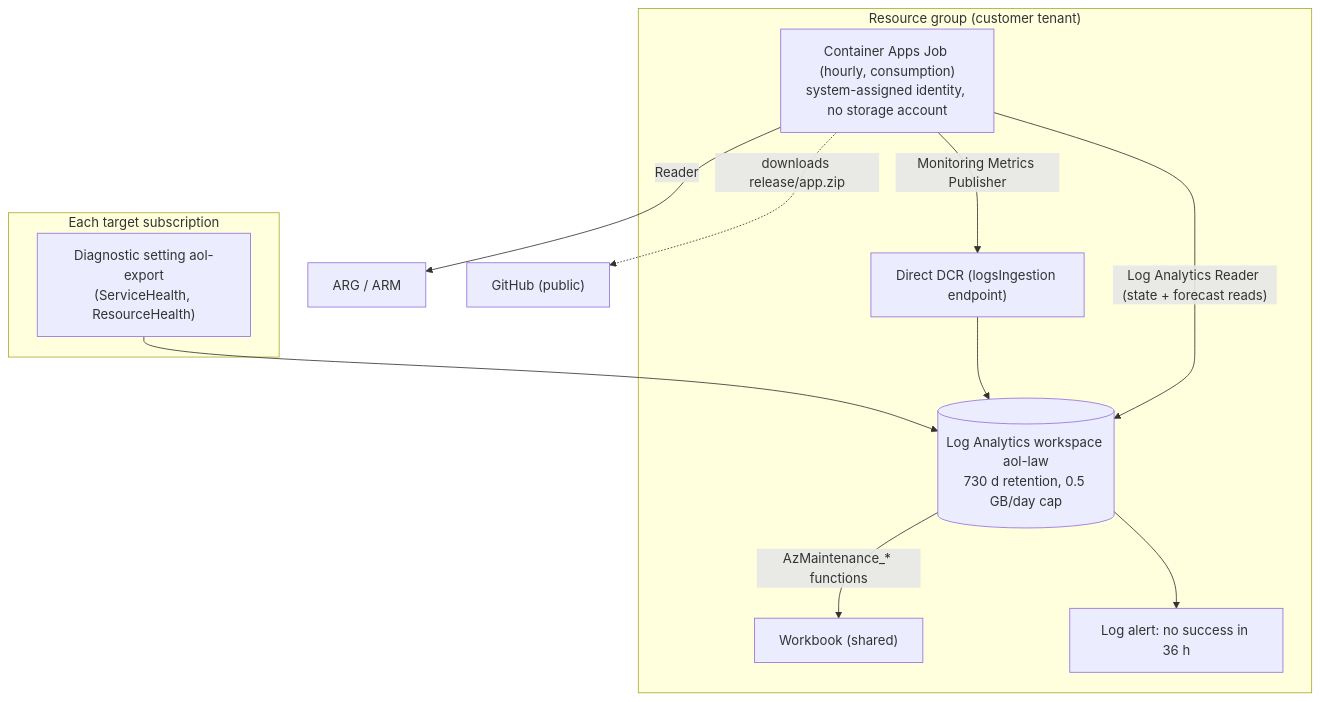
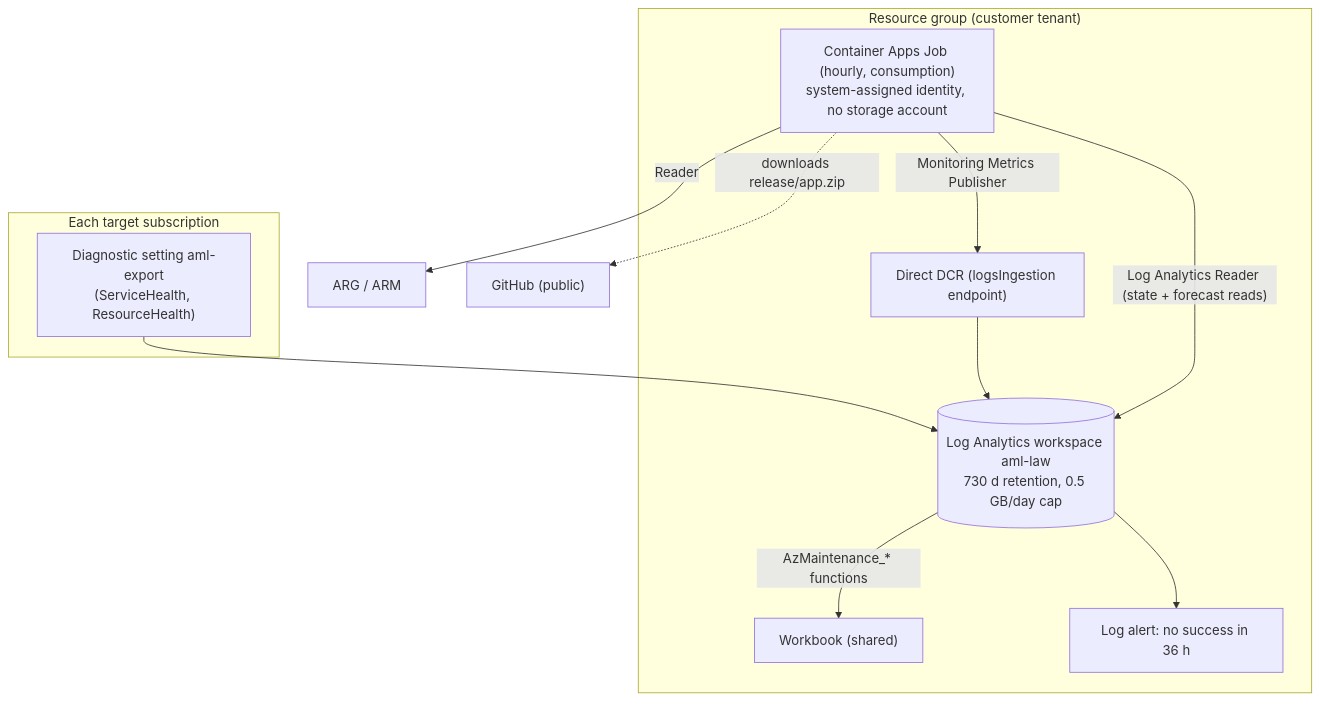
Before and after one commit to Saby007/azure-maintenance-ledger: the diagram in docs/architecture.md, drawn with Mermaid. The commit also changed other lines of this file and 42 other files, not shown here.

First line of the commit message:
Workbook: sparkline tiles, calendar heatmaps, honeycomb, click-through drill-down; rename AOL prefix to AML

````diff
--- a/docs/architecture.md
+++ b/docs/architecture.md
@@ -3,20 +3,20 @@
 ```mermaid
 flowchart TB
   subgraph Subscription["Each target subscription"]
-    DS["Diagnostic setting aol-export<br/>(ServiceHealth, ResourceHealth)"]
+    DS["Diagnostic setting aml-export<br/>(ServiceHealth, ResourceHealth)"]
   end
   subgraph RG["Resource group (customer tenant)"]
-    LAW[("Log Analytics workspace aol-law<br/>730 d retention, 0.5 GB/day cap")]
+    LAW[("Log Analytics workspace aml-law<br/>730 d retention, 0.5 GB/day cap")]
     DCR["Direct DCR (logsIngestion endpoint)"]
     JOB["Container Apps Job (hourly, consumption)<br/>system-assigned identity, no storage account"]
     WB["Workbook (shared)"]
     ALERT["Log alert: no success in 36 h"]
   end
   DS --> LAW
   JOB -- "Reader" --> ARG["ARG / ARM"]
   JOB -- "Monitoring Metrics Publisher" --> DCR --> LAW
   JOB -- "Log Analytics Reader (state + forecast reads)" --> LAW
   JOB -. "downloads release/app.zip" .-> GH["GitHub (public)"]
   LAW -- "AzMaintenance_* functions" --> WB
   LAW --> ALERT
 ```
````
